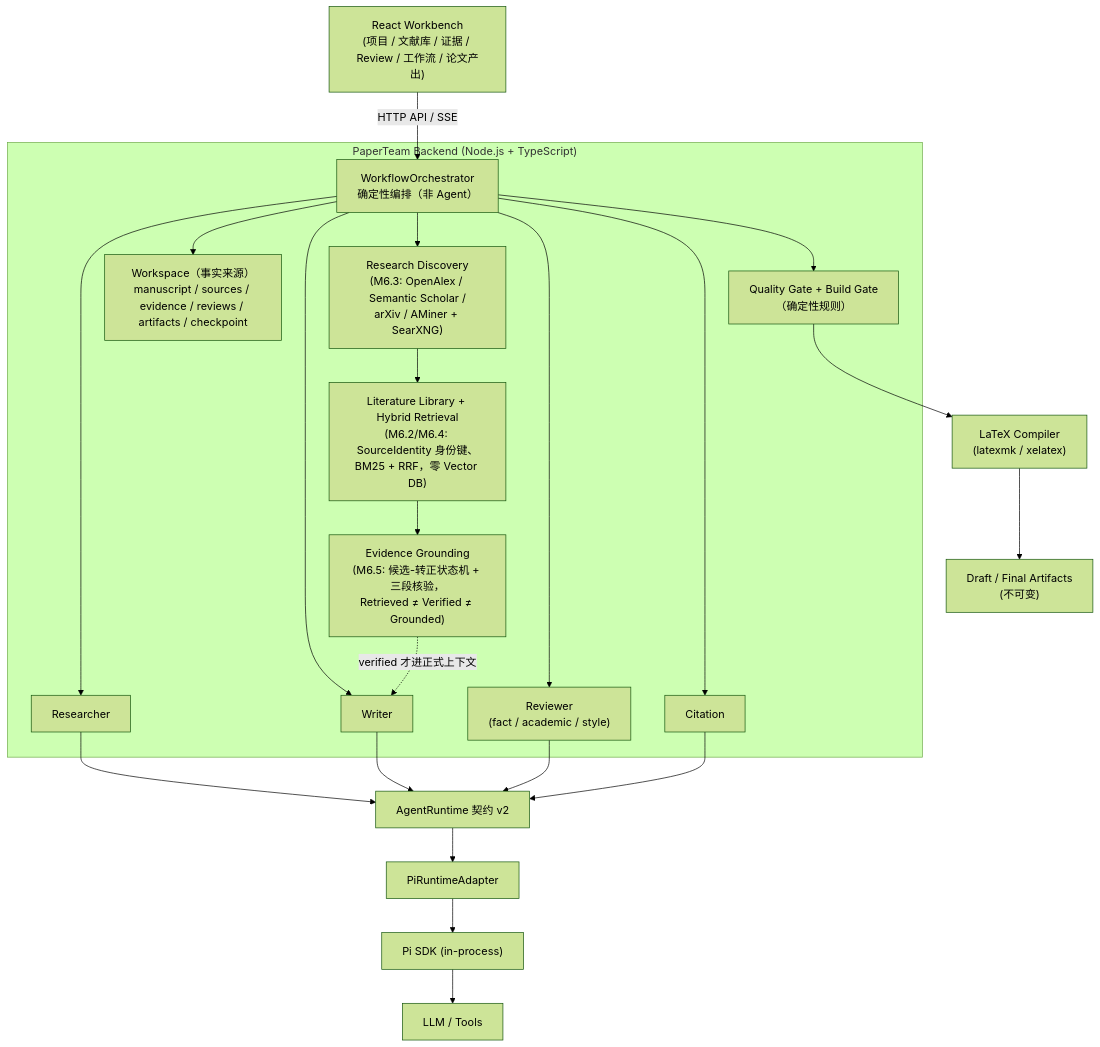
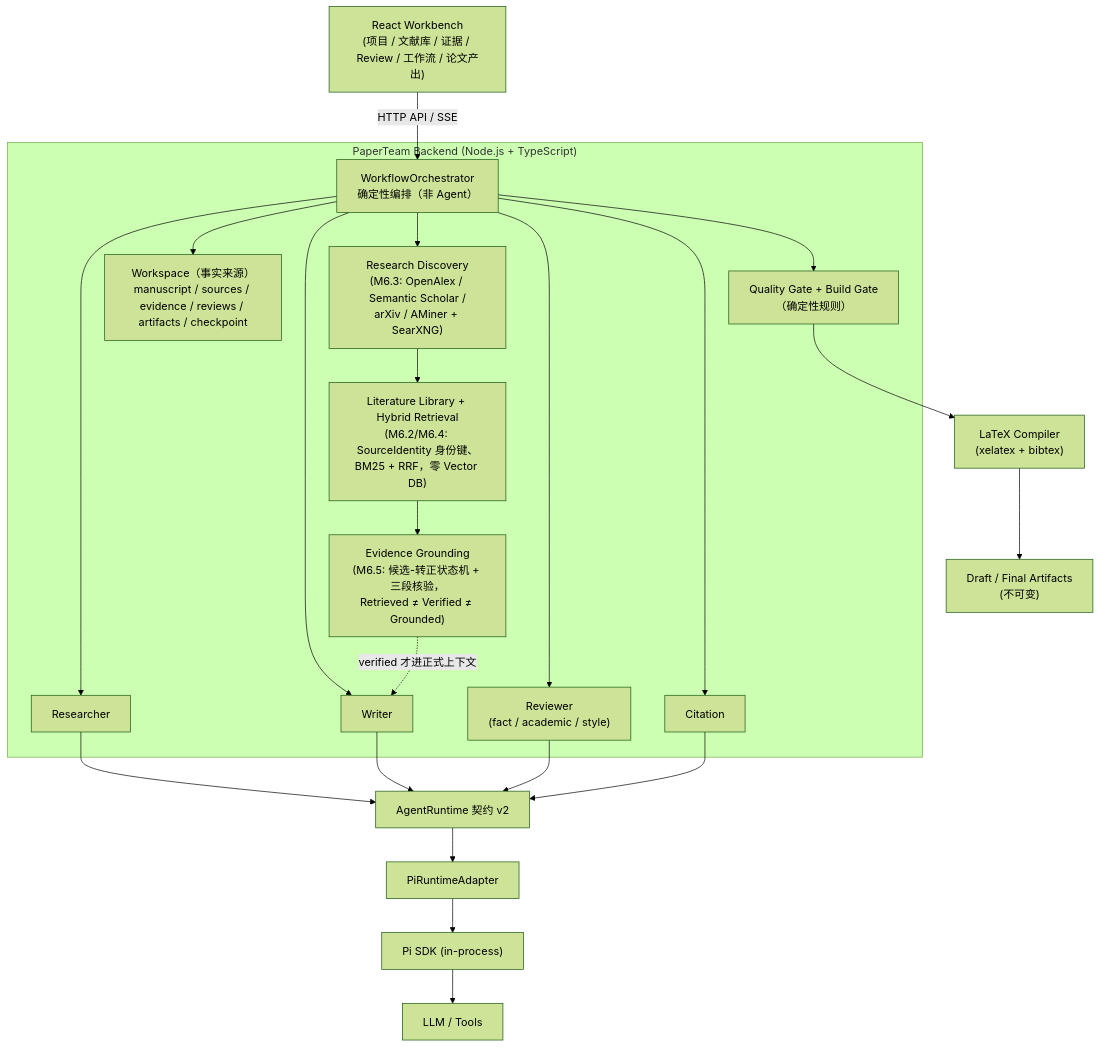
One commit to JiahongXu88/PaperTeam changed the first of 2 diagrams in README.md. Above: the diagram before and after it, drawn with Mermaid (forest theme). The commit also changed other lines of this file and 24 other files, not shown here.

````diff
--- a/README.md
+++ b/README.md
@@ -72,28 +72,28 @@
 ```mermaid
 flowchart TD
     UI["React Workbench<br/>(项目 / 文献库 / 证据 / Review / 工作流 / 论文产出)"] -->|HTTP API / SSE| ORCH
     subgraph Backend["PaperTeam Backend (Node.js + TypeScript)"]
         ORCH["WorkflowOrchestrator<br/>确定性编排（非 Agent）"]
         SRC["Research Discovery<br/>(M6.3: OpenAlex / Semantic Scholar /<br/>arXiv / AMiner + SearXNG)"]
         LIB["Literature Library + Hybrid Retrieval<br/>(M6.2/M6.4: SourceIdentity 身份键、<br/>BM25 + RRF，零 Vector DB)"]
         EVD["Evidence Grounding<br/>(M6.5: 候选-转正状态机 + 三段核验，<br/>Retrieved ≠ Verified ≠ Grounded)"]
         ORCH --> RES["Researcher"]
         ORCH --> WRI["Writer"]
         ORCH --> REV["Reviewer<br/>(fact / academic / style)"]
         ORCH --> CIT["Citation"]
         WS["Workspace（事实来源）<br/>manuscript / sources / evidence / reviews / artifacts / checkpoint"]
         GATE["Quality Gate + Build Gate<br/>（确定性规则）"]
     end
     ORCH --> SRC
     SRC --> LIB
     LIB --> EVD
     EVD -.verified 才进正式上下文.-> WRI
     RES & WRI & REV & CIT --> RT["AgentRuntime 契约 v2"]
     RT --> PI["PiRuntimeAdapter"]
     PI --> SDK["Pi SDK (in-process)"]
     SDK --> LLM["LLM / Tools"]
     ORCH --> WS
     ORCH --> GATE
-    GATE --> LATEX["LaTeX Compiler<br/>(latexmk / xelatex)"]
+    GATE --> LATEX["LaTeX Compiler<br/>(xelatex + bibtex)"]
     LATEX --> ART["Draft / Final Artifacts<br/>(不可变)"]
 ```
````
